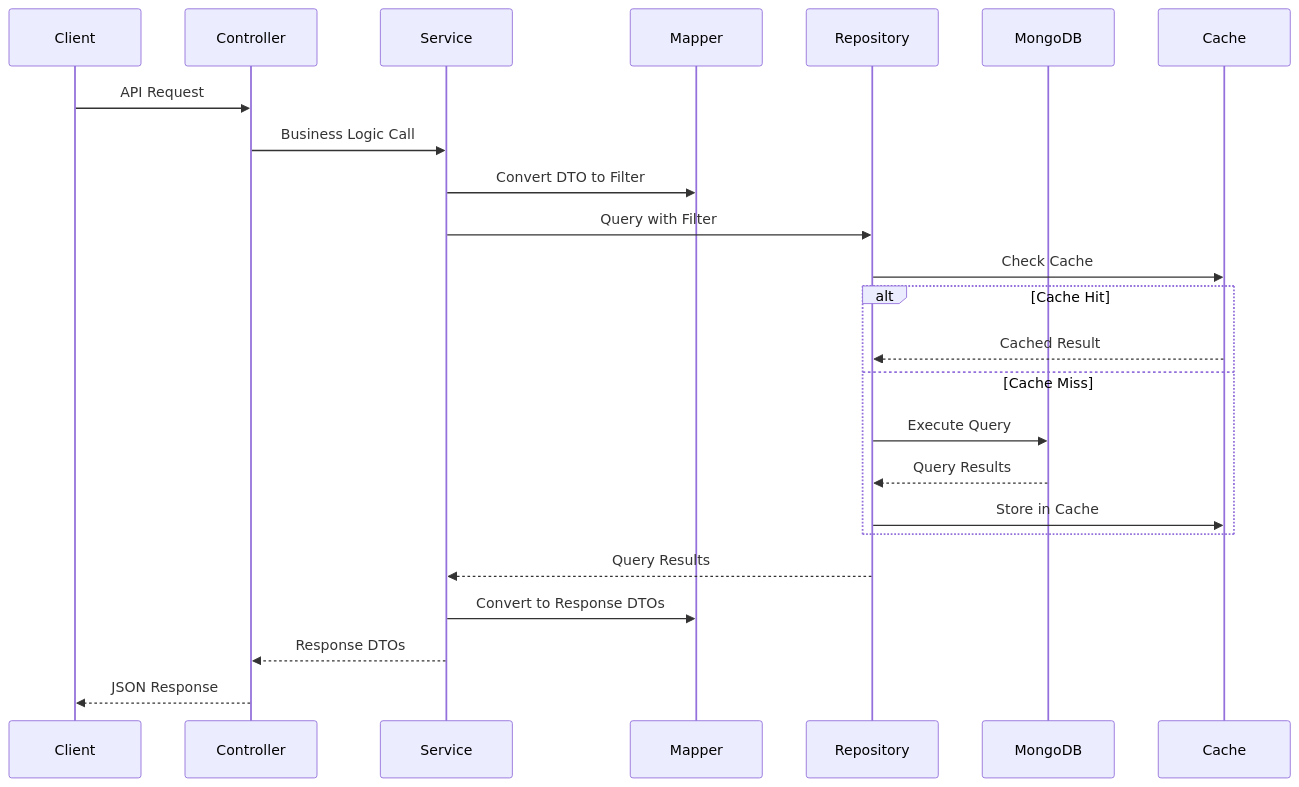
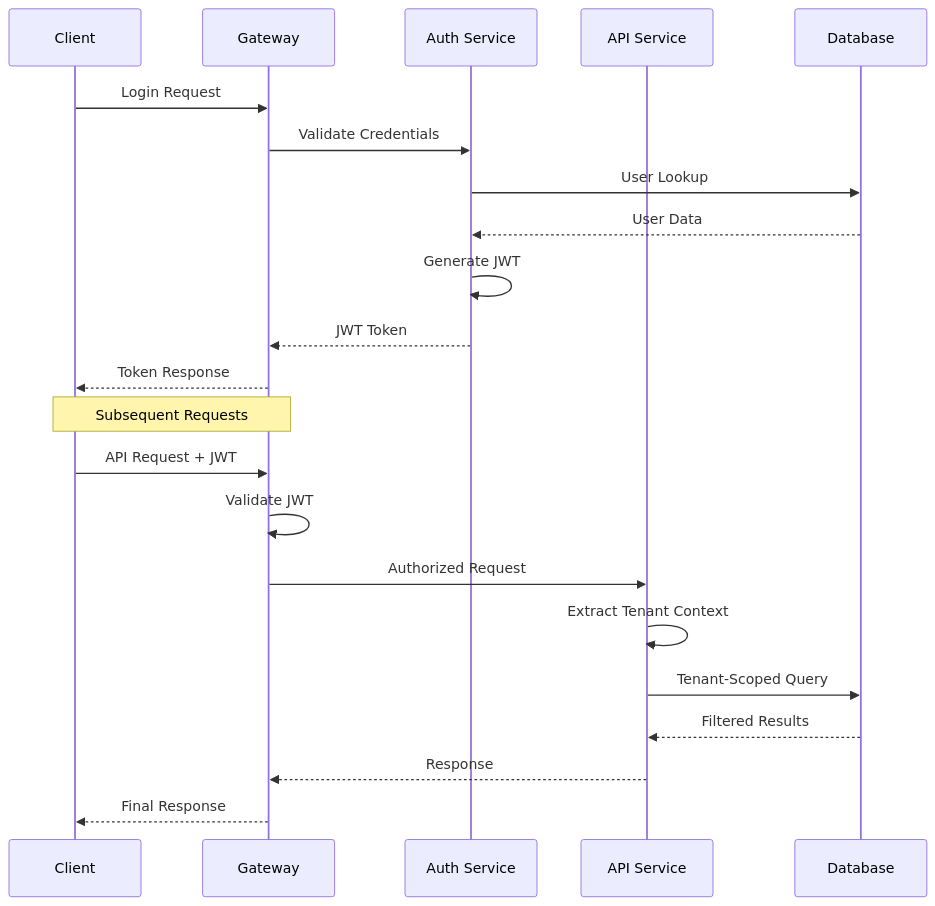
Before and after one commit to flamingo-stack/openframe-oss-lib: diagram 14 of 18 in docs/development/architecture/overview.md, drawn with Mermaid. The commit also changed other lines of this file and 12 other files, not shown here.

````diff
--- a/docs/development/architecture/overview.md
+++ b/docs/development/architecture/overview.md
@@ -465,27 +473,26 @@
 ```mermaid
 sequenceDiagram
     participant Client
-    participant Controller
-    participant Service
-    participant Mapper
-    participant Repository
-    participant MongoDB
-    participant Cache
+    participant Gateway
+    participant Auth as Auth Service
+    participant API as API Service
+    participant DB as Database
     
-    Client->>Controller: API Request
-    Controller->>Service: Business Logic Call
-    Service->>Mapper: Convert DTO to Filter
-    Service->>Repository: Query with Filter
-    Repository->>Cache: Check Cache
-    alt Cache Hit
-        Cache-->>Repository: Cached Result
-    else Cache Miss
-        Repository->>MongoDB: Execute Query
-        MongoDB-->>Repository: Query Results
-        Repository->>Cache: Store in Cache
-    end
-    Repository-->>Service: Query Results
-    Service->>Mapper: Convert to Response DTOs
-    Service-->>Controller: Response DTOs
-    Controller-->>Client: JSON Response
+    Client->>Gateway: Login Request
+    Gateway->>Auth: Validate Credentials
+    Auth->>DB: User Lookup
+    DB-->>Auth: User Data
+    Auth->>Auth: Generate JWT
+    Auth-->>Gateway: JWT Token
+    Gateway-->>Client: Token Response
+    
+    Note over Client,Gateway: Subsequent Requests
+    Client->>Gateway: API Request + JWT
+    Gateway->>Gateway: Validate JWT
+    Gateway->>API: Authorized Request
+    API->>API: Extract Tenant Context
+    API->>DB: Tenant-Scoped Query
+    DB-->>API: Filtered Results
+    API-->>Gateway: Response
+    Gateway-->>Client: Final Response
 ```
````
